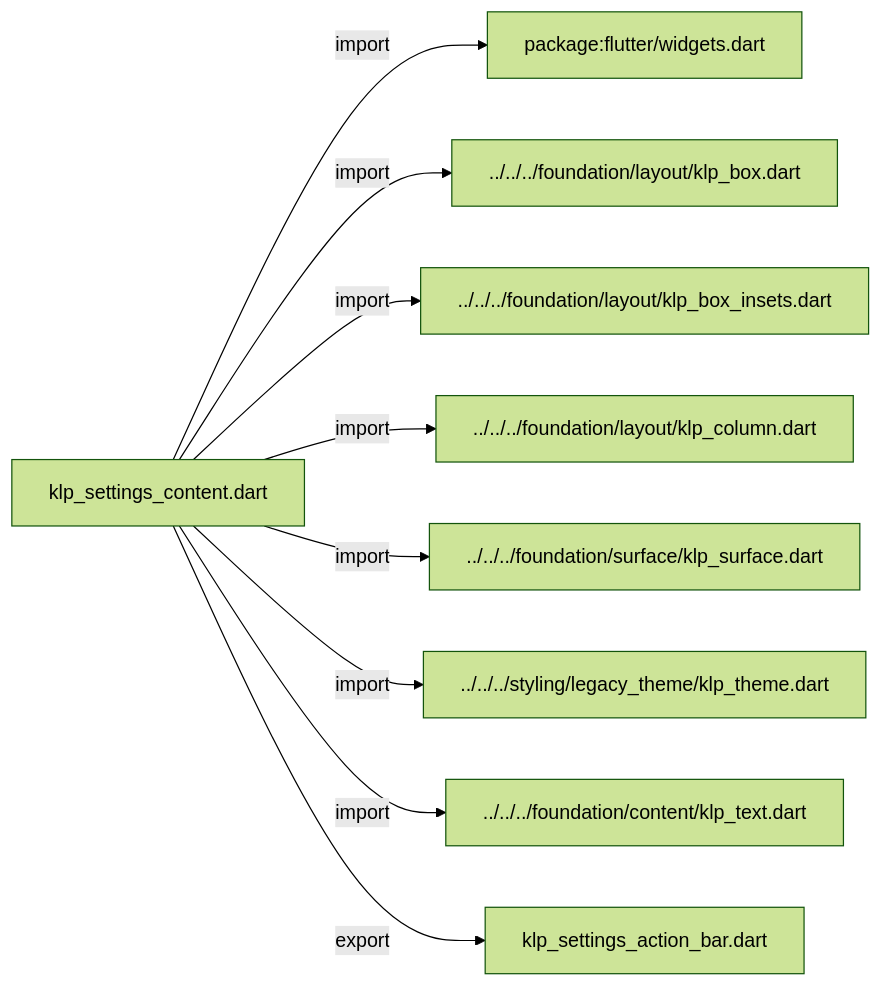
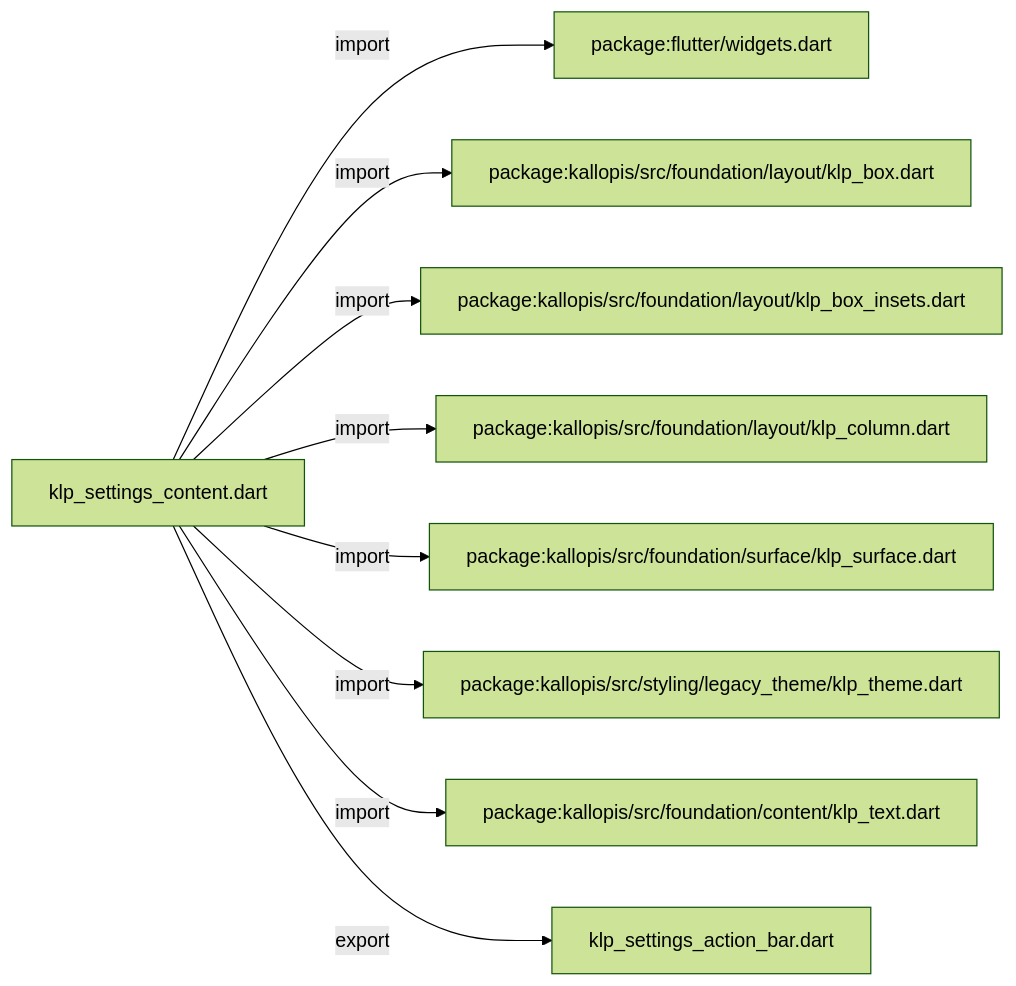
Before and after one commit to MiuDog/Kallopis: the first of 3 diagrams in docs/architecture/src/features/workspace/settings/klp_settings_content.md, drawn with Mermaid (forest theme). The commit also changed other lines of this file and 9688 other files, not shown here.

Commit message:
Prepare isolated Flow F2 peer baseline

````diff
--- a/docs/architecture/src/features/workspace/settings/klp_settings_content.md
+++ b/docs/architecture/src/features/workspace/settings/klp_settings_content.md
@@ -11,20 +11,20 @@
 ```mermaid
 flowchart LR
 	n0["klp_settings_content.dart"]
 	n1["package:flutter/widgets.dart"]
-	n2["../../../foundation/layout/klp_box.dart"]
-	n3["../../../foundation/layout/klp_box_insets.dart"]
-	n4["../../../foundation/layout/klp_column.dart"]
-	n5["../../../foundation/surface/klp_surface.dart"]
-	n6["../../../styling/legacy_theme/klp_theme.dart"]
-	n7["../../../foundation/content/klp_text.dart"]
+	n2["package:kallopis/src/foundation/layout/klp_box.dart"]
+	n3["package:kallopis/src/foundation/layout/klp_box_insets.dart"]
+	n4["package:kallopis/src/foundation/layout/klp_column.dart"]
+	n5["package:kallopis/src/foundation/surface/klp_surface.dart"]
+	n6["package:kallopis/src/styling/legacy_theme/klp_theme.dart"]
+	n7["package:kallopis/src/foundation/content/klp_text.dart"]
 	n8["klp_settings_action_bar.dart"]
 	n0 -->|"import"| n1
 	n0 -->|"import"| n2
 	n0 -->|"import"| n3
 	n0 -->|"import"| n4
 	n0 -->|"import"| n5
 	n0 -->|"import"| n6
 	n0 -->|"import"| n7
 	n0 -->|"export"| n8
 ```
````
